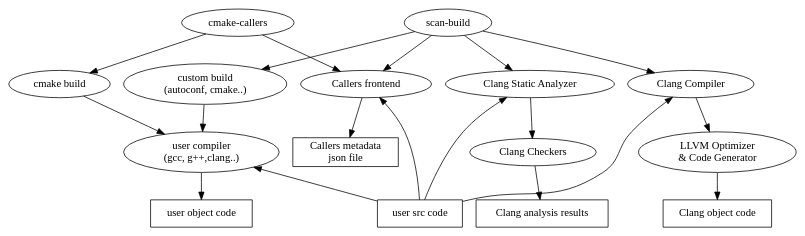
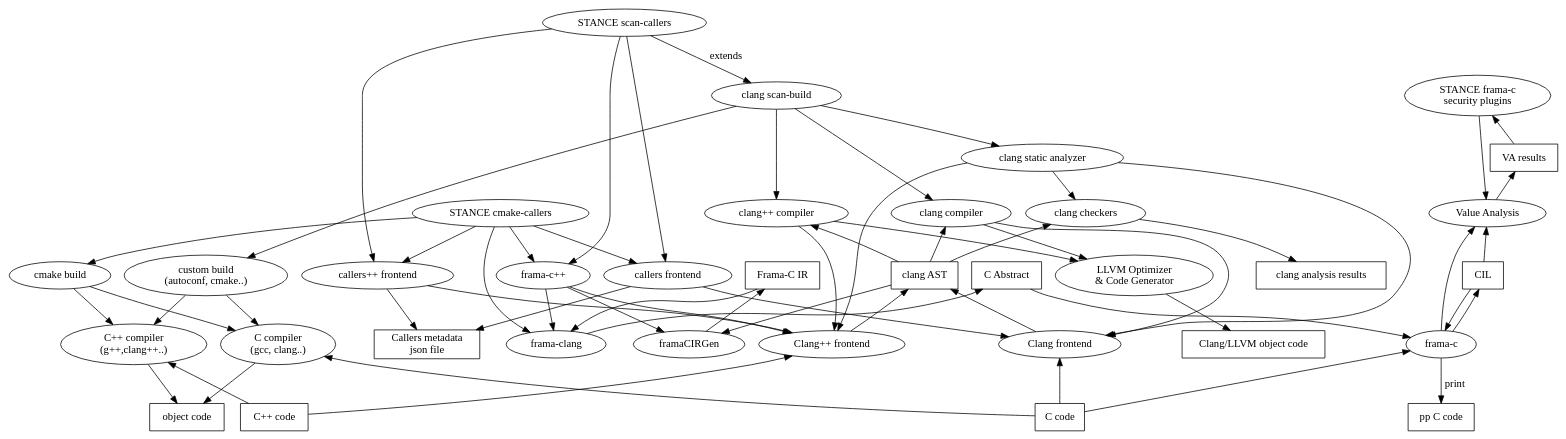
One commit to hbalp/callers changed the diagram in doc/callers.org. Above: the diagram before and after it, drawn with Graphviz.

Commit message:
Finalized version of the big-picture.

```diff
--- a/doc/callers.org
+++ b/doc/callers.org
@@ -49,51 +49,147 @@
     #+BEGIN_SRC dot :tangle callers.frontend.internals.gen.dot
-digraph "Callers integration with Clang/LLVM " {
+digraph "Callers integration with Clang/LLVM " 
+{
 
-"scan-build" [ label="scan-build" ]
-"cmake-callers" [ label="cmake-callers" ]
+"scan-build" [ label="clang scan-build" ]
+"scan-callers" [ label="STANCE scan-callers" ]
+"cmake-callers" [ label="STANCE cmake-callers" ]
+"scan-callers" -> "scan-build" [ label="extends" ]
 
-// entry points
-"src code" [ label="user src code", shape="box" ]
+// user build
 "user build" [ label="custom build\n(autoconf, cmake..)" ]
-"user compiler" [ label="user compiler\n(gcc, g++,clang..)" ]
-"user build" -> "user compiler"
-"user compiler" -> "src code" [ dir=back ]
+"scan-build" -> "user build"
 
-// user compilation
-"user object code" [ shape="box" ]
-"scan-build" -> "user build"
-"user compiler" -> "user object code"
+// compilation
+"object code" [ shape="box" ]
+
+// c compilation
+"c code" [ label="C code", shape="box" ]
+"c compiler" [ label="C compiler\n(gcc, clang..)" ]
+"user build" -> "c compiler"
+"c compiler" -> "c code" [ dir=back ]
+"c compiler" -> "object code"
+
+// c++ compilation
+"cpp code" [ label="C++ code", shape="box" ]
+"cpp compiler" [ label="C++ compiler\n(g++,clang++..)" ]
+"user build" -> "cpp compiler"
+"cpp compiler" -> "cpp code" [ dir=back ]
+"cpp compiler" -> "object code"
 
 // cmake build
 "cmake-callers" -> "cmake build"
-"cmake build" -> "user compiler"
+"cmake build" -> "cpp compiler"
+"cmake build" -> "c compiler"
 
 // cmake callers analysis
-"cmake-callers" -> "Callers frontend"
+"cmake-callers" -> "callers frontend"
+"cmake-callers" -> "callers++ frontend"
+"cmake-callers" -> "frama-c++"
 
 // clang compilation
-"Clang object code" [ shape="box" ]
-"LLVM Optimizer & Code Generator" [ label="LLVM Optimizer\n& Code Generator" ]
-"scan-build" -> "Clang Compiler"
-"Clang Compiler" -> "src code"  [ dir=back ]
-"Clang Compiler" -> "LLVM Optimizer & Code Generator"
-"LLVM Optimizer & Code Generator" -> "Clang object code"
+"clang object code" [ label="Clang/LLVM object code", shape="box" ]
+"llvm" [ label="LLVM Optimizer\n& Code Generator" ]
+"llvm" -> "clang object code"
+
+// clang compilation of C code
+"clang AST" [ shape=box ]
+"scan-build" -> "clang compiler"
+"clang frontend" [ label="Clang frontend" ]
+"clang frontend" -> "c code" [ dir=back ]
+//"clang frontend" -> "clang AST"
+"clang AST" -> "clang frontend" [ dir=back ]
+"clang compiler" -> "clang frontend"
+"clang compiler" -> "clang AST"  [ dir=back ]
+"clang compiler" -> "llvm"
+
+// clang++ compilation of C++ code
+"scan-build" -> "clang++ compiler"
+"clang++ frontend" [ label="Clang++ frontend" ]
+"clang++ frontend" -> "cpp code" [ dir=back ]
+//"clang++ frontend" -> "clang AST"
+"clang AST" -> "clang++ frontend" [ dir=back ]
+"clang++ compiler" -> "clang++ frontend"
+"clang++ compiler" -> "clang AST"  [ dir=back ]
+"clang++ compiler" -> "llvm"
 
 // clang analysis
-"Clang analysis results" [ shape="box" ]
-"scan-build" -> "Clang Static Analyzer"
-"Clang Static Analyzer" -> "src code"  [ dir=back ]
-//"Clang Static Analyzer" -> "LLVM Optimizer\n& Code Generator"
-"Clang Static Analyzer" -> "Clang Checkers"
-"Clang Checkers" -> "Clang analysis results"
-//"Clang Static Analyzer" -> "Clang Compiler"
+"clang analysis results" [ shape="box" ]
+"scan-build" -> "clang static analyzer"
+"clang static analyzer" -> "clang checkers"
+"clang checkers" -> "clang analysis results"
+"clang checkers" -> "clang AST" [ dir=back ]
+
+// clang C code analysis
+"clang static analyzer" -> "clang frontend"
+
+// clang C++ code analysis
+"clang static analyzer" -> "clang++ frontend"
 
 // callers analysis
 "metadata json file" [ label="Callers metadata\njson file" ]
 "metadata json file" [ shape="box" ]
-"scan-build" -> "Callers frontend"
-"Callers frontend" -> "src code"  [ dir=back ]
-"Callers frontend" -> "metadata json file"
+
+// callers C code analysis
+"scan-callers" -> "callers frontend"
+"callers frontend" -> "clang frontend"
+"callers frontend" -> "metadata json file"
+
+// callers C++ code analysis
+"scan-callers" -> "callers++ frontend"
+"callers++ frontend" -> "clang++ frontend"
+"callers++ frontend" -> "metadata json file"
+
+// frama-c++
+"scan-callers" -> "frama-c++"
+"frama-c++" [ label="frama-c++" ]
+"frama-c++" -> "clang++ frontend"
+"frama-c++" -> "framaCIRGen"
+"frama-c++" -> "frama-clang"
+
+// frama-clang analysis
+//"scan-callers" -> "frama-clang"
+"cmake-callers" -> "frama-clang"
+"frama-clang" [ label="frama-clang" ]
+"framaCIRGen" [ label="framaCIRGen" ]
+//"fir" [ label="Frama-C Intermediate\nRepresentation", shape=box ]
+"fir" [ label="Frama-C IR", shape=box ]
+"cabs" [ label = "C Abstract", shape=box ]
+//"cil" [ label = "C Intermediate Language" ]
+"cil" [ label = "CIL", shape=box ]
+
+"clang AST" -> "framaCIRGen" 
+//"framaCIRGen" -> "fir"
+"fir" -> "framaCIRGen" [ dir=back ]
+"fir" -> "frama-clang"
+//"frama-clang" -> "cabs"
+"cabs" -> "frama-clang" [ dir=back ]
+"cabs" -> "frama-c"
+
+// security analysis plugins
+"fc security plugins" [ label="STANCE frama-c\nsecurity plugins" ]
+"fc security plugins" -> "VA"
+"fc security plugins" -> "VA_results" [ dir=back ]
+
+// frama-c value analysis
+"VA_results" [ shape=box ]
+"VA" [ label="Value Analysis" ]
+"VA_results" [ label="VA results" ]
+"VA" -> "frama-c" [ dir=back ]
+//"VA" -> "VA_results"
+"VA_results" -> "VA" [ dir=back ]
+"VA" -> "cil" [ dir=back ]
+
+// frama-c analysis
+"pp C code" [ shape=box ]
+"frama-c" [ label="frama-c" ]
+"frama-c" -> "c code" [ dir=back ]
+//"c code" -> "frama-c"
+"cil" -> "frama-c"
+"cil" -> "frama-c" [ dir=back ]
+//"frama-c" -> "pretty-printed c code" [ label="print" ]
+"frama-c" -> "pp C code" [ label="print" ]
+//"frama-c" -> "c code" [ label="print" ]
+
 }
 
 // Local Variables:
```
